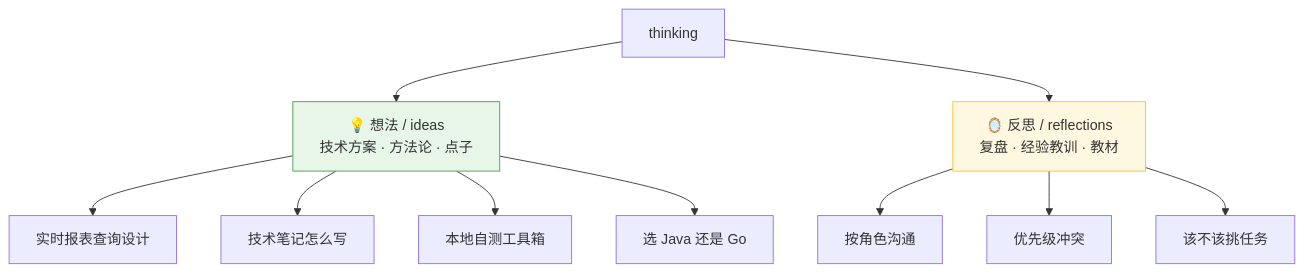
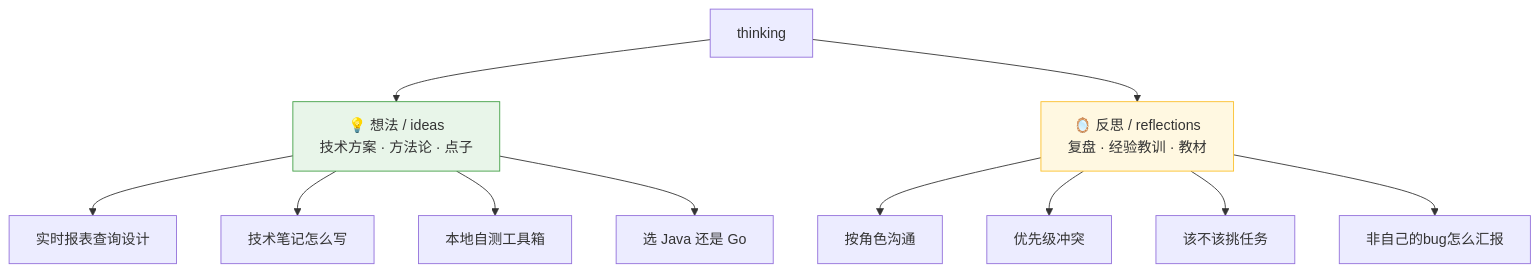
One commit to yishengyuan/thinking changed the first of 2 diagrams in docs/README.md. Above: the diagram before and after it, drawn with Mermaid. The commit also changed other lines of this file and 1 other file, not shown here.

````diff
--- a/docs/README.md
+++ b/docs/README.md
@@ -6,18 +6,19 @@
 ```mermaid
 flowchart TD
     ROOT[thinking]
     ROOT --> IDEA[💡 想法 / ideas<br/>技术方案 · 方法论 · 点子]
     ROOT --> REF[🪞 反思 / reflections<br/>复盘 · 经验教训 · 教材]
 
     IDEA --> I1[实时报表查询设计]
     IDEA --> I2[技术笔记怎么写]
     IDEA --> I3[本地自测工具箱]
     IDEA --> I4[选 Java 还是 Go]
 
     REF --> R1[按角色沟通]
     REF --> R2[优先级冲突]
     REF --> R3[该不该挑任务]
+    REF --> R4[非自己的bug怎么汇报]
 
     style IDEA fill:#e8f5e9,stroke:#43a047
     style REF fill:#fff8e1,stroke:#fbc02d
 ```
````
